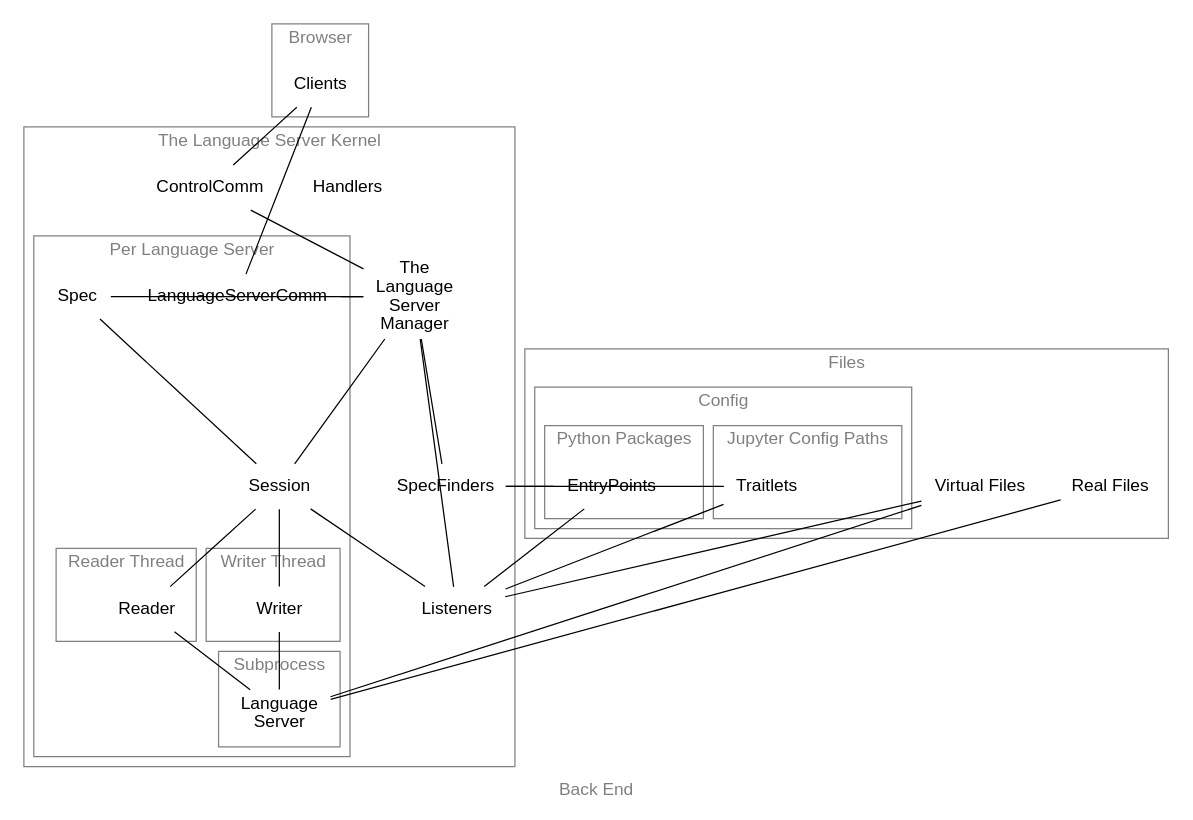
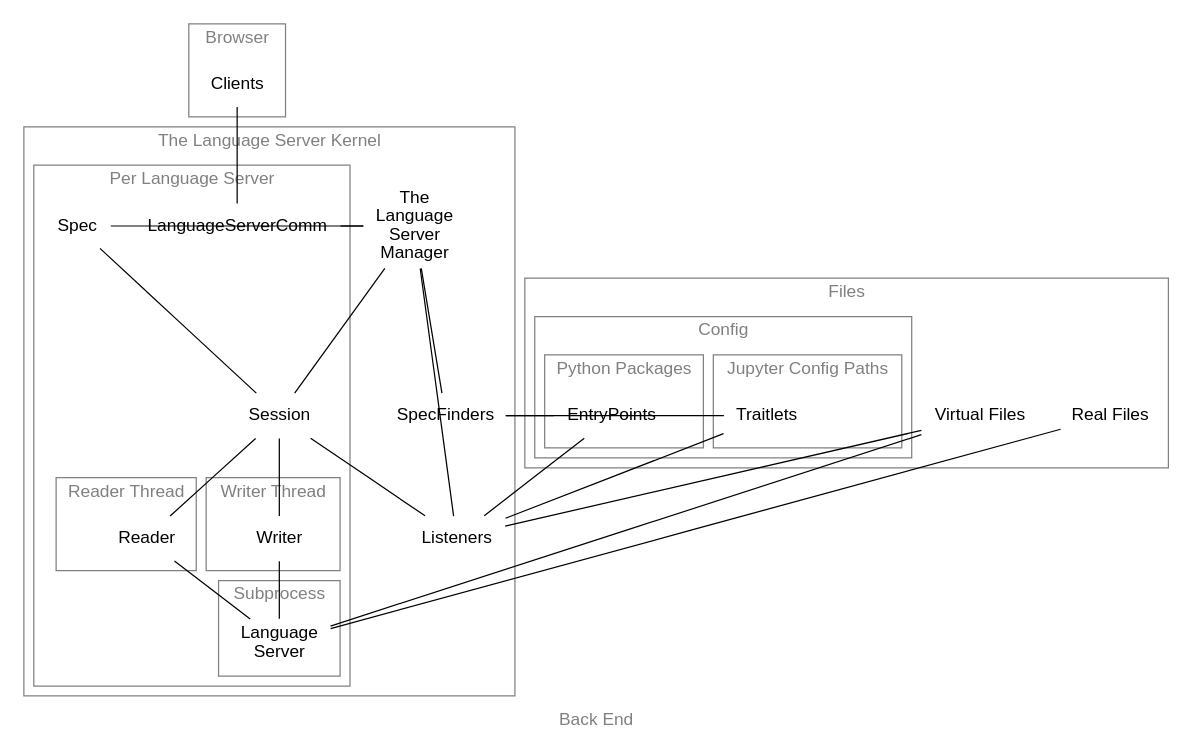
The diagram in docs/dot/as-is/backend.dot (jupyter-lsp/jupyterlab-lsp), drawn with Graphviz before and after one commit. The commit also changed 2 other files, not shown here.

Commit message:
some more cleanup on architecture diagrams

```diff
--- a/docs/dot/as-is/backend.dot
+++ b/docs/dot/as-is/backend.dot
@@ -1,56 +1,54 @@
 graph backend {
     label="Back End"
     splines="line"
     fontname="sans-serif"
     node[shape=none fontname="sans-serif"]
     edge[fontname="sans-serif"]
     graph[fontcolor=grey color=grey]
 
     subgraph cluster_browser {
         label=Browser
         Clients
     }
 
     subgraph cluster_kernel { label="The Language Server Kernel"
         Manager[label="The\nLanguage\nServer\nManager"]
-        Handlers
-        ControlComm
         SpecFinders
         subgraph cluster_lsp { label="Per Language Server"
             LanguageServerComm
             Spec
             Session
             subgraph cluster_read_thread { label="Reader Thread"
                 Reader
             }
             subgraph cluster_write_thread { label="Writer Thread"
                 Writer
             }
             subgraph cluster_ls_process { label="Subprocess"
                 LanguageServer[label="Language\nServer"]
             }
         }
         Listeners
     }
 
     subgraph cluster_files { label="Files"
         RealFiles[label="Real Files"]
         VirtualFiles[label="Virtual Files"]
         subgraph cluster_config { label="Config"
             subgraph cluster_jupyter_cfg { label="Jupyter Config Paths"
                 Traitlets
             }
             subgraph cluster_python_pkgs { label="Python Packages"
                 EntryPoints
             }
         }
     }
 
-    Clients -- {ControlComm LanguageServerComm} -- Manager
+    Clients -- {LanguageServerComm} -- Manager
     Session -- {Reader Writer} -- LanguageServer
     {Manager Traitlets EntryPoints} -- {SpecFinders Listeners}
     Manager -- {Spec Session}
     Spec -- Session
     Session -- Listeners -- VirtualFiles
     LanguageServer -- {RealFiles VirtualFiles}
 }
```
